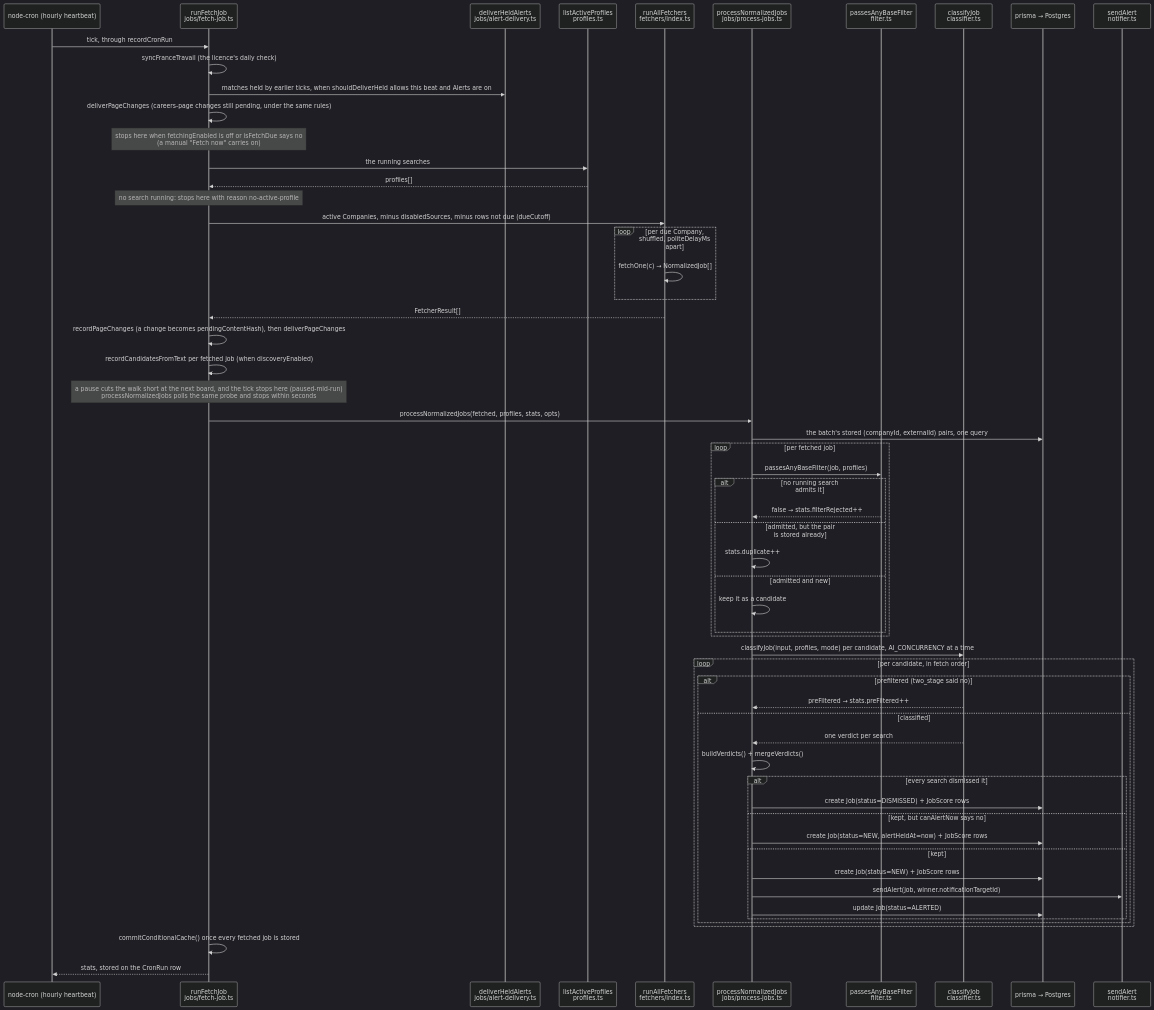
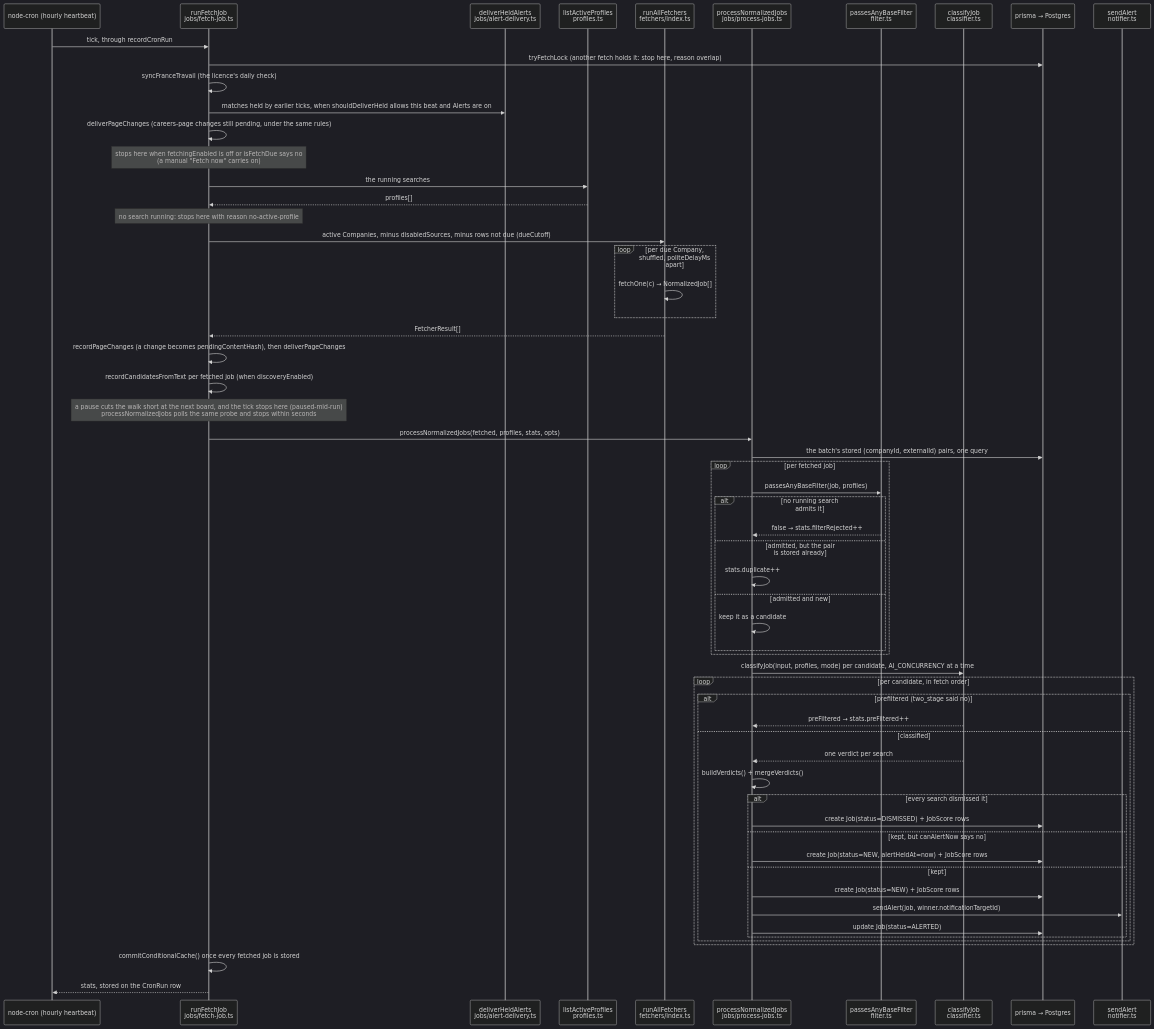
The second of 5 diagrams in ARCHITECTURE.md (amir-darwish/applypack), drawn with Mermaid (dark theme) before and after one commit. The commit also changed other lines of this file and 16 other files, not shown here.

````diff
--- a/ARCHITECTURE.md
+++ b/ARCHITECTURE.md
@@ -49,62 +49,63 @@
 ```mermaid
 sequenceDiagram
   participant cron as node-cron (hourly heartbeat)
   participant runFetchJob as runFetchJob<br/>jobs/fetch-job.ts
   participant deliverHeldAlerts as deliverHeldAlerts<br/>jobs/alert-delivery.ts
   participant listActiveProfiles as listActiveProfiles<br/>profiles.ts
   participant runAllFetchers as runAllFetchers<br/>fetchers/index.ts
   participant processNormalizedJobs as processNormalizedJobs<br/>jobs/process-jobs.ts
   participant passesAnyBaseFilter as passesAnyBaseFilter<br/>filter.ts
   participant classifyJob as classifyJob<br/>classifier.ts
   participant prisma as prisma → Postgres
   participant sendAlert as sendAlert<br/>notifier.ts
 
   cron->>runFetchJob: tick, through recordCronRun
+  runFetchJob->>prisma: tryFetchLock (another fetch holds it: stop here, reason overlap)
   runFetchJob->>runFetchJob: syncFranceTravail (the licence's daily check)
   runFetchJob->>deliverHeldAlerts: matches held by earlier ticks, when shouldDeliverHeld allows this beat and Alerts are on
   runFetchJob->>runFetchJob: deliverPageChanges (careers-page changes still pending, under the same rules)
   Note over runFetchJob: stops here when fetchingEnabled is off or isFetchDue says no<br/>(a manual "Fetch now" carries on)
   runFetchJob->>listActiveProfiles: the running searches
   listActiveProfiles-->>runFetchJob: profiles[]
   Note over runFetchJob: no search running: stops here with reason no-active-profile
   runFetchJob->>runAllFetchers: active Companies, minus disabledSources, minus rows not due (dueCutoff)
   loop per due Company, shuffled, politeDelayMs apart
     runAllFetchers->>runAllFetchers: fetchOne(c) → NormalizedJob[]
   end
   runAllFetchers-->>runFetchJob: FetcherResult[]
   runFetchJob->>runFetchJob: recordPageChanges (a change becomes pendingContentHash), then deliverPageChanges
   runFetchJob->>runFetchJob: recordCandidatesFromText per fetched job (when discoveryEnabled)
   Note over runFetchJob: a pause cuts the walk short at the next board, and the tick stops here (paused-mid-run)<br/>processNormalizedJobs polls the same probe and stops within seconds
   runFetchJob->>processNormalizedJobs: processNormalizedJobs(fetched, profiles, stats, opts)
   processNormalizedJobs->>prisma: the batch's stored (companyId, externalId) pairs, one query
   loop per fetched job
     processNormalizedJobs->>passesAnyBaseFilter: passesAnyBaseFilter(job, profiles)
     alt no running search admits it
       passesAnyBaseFilter-->>processNormalizedJobs: false → stats.filterRejected++
     else admitted, but the pair is stored already
       processNormalizedJobs->>processNormalizedJobs: stats.duplicate++
     else admitted and new
       processNormalizedJobs->>processNormalizedJobs: keep it as a candidate
     end
   end
   processNormalizedJobs->>classifyJob: classifyJob(input, profiles, mode) per candidate, AI_CONCURRENCY at a time
   loop per candidate, in fetch order
     alt prefiltered (two_stage said no)
       classifyJob-->>processNormalizedJobs: preFiltered → stats.preFiltered++
     else classified
       classifyJob-->>processNormalizedJobs: one verdict per search
       processNormalizedJobs->>processNormalizedJobs: buildVerdicts() + mergeVerdicts()
       alt every search dismissed it
         processNormalizedJobs->>prisma: create Job(status=DISMISSED) + JobScore rows
       else kept, but canAlertNow says no
         processNormalizedJobs->>prisma: create Job(status=NEW, alertHeldAt=now) + JobScore rows
       else kept
         processNormalizedJobs->>prisma: create Job(status=NEW) + JobScore rows
         processNormalizedJobs->>sendAlert: sendAlert(job, winner.notificationTargetId)
         processNormalizedJobs->>prisma: update Job(status=ALERTED)
       end
     end
   end
   runFetchJob->>runFetchJob: commitConditionalCache() once every fetched job is stored
   runFetchJob-->>cron: stats, stored on the CronRun row
 ```
````
